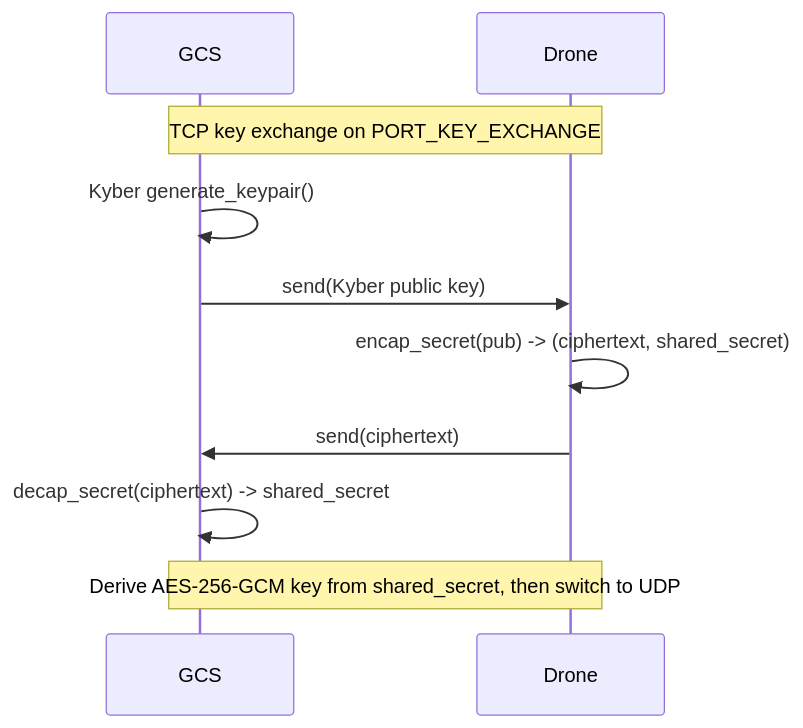
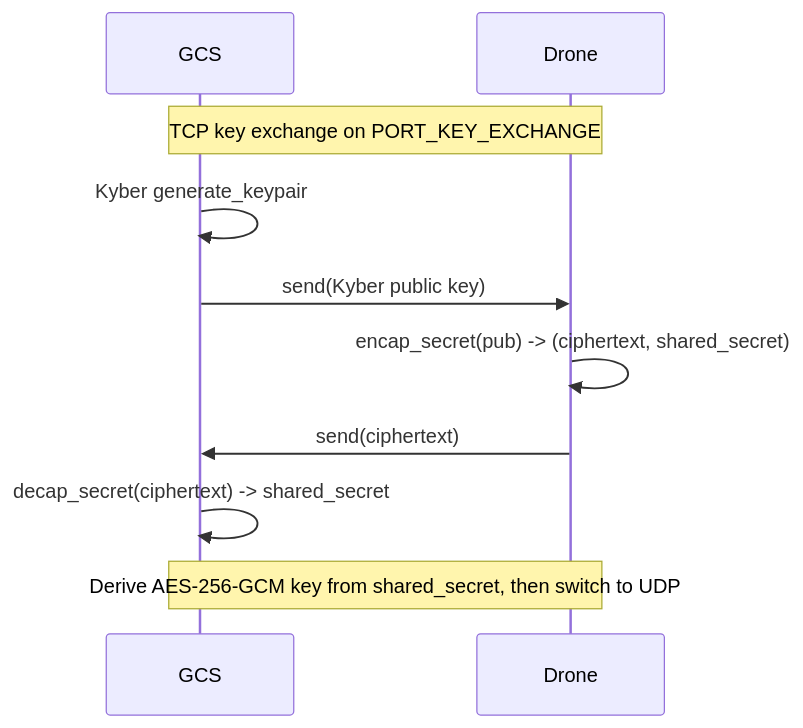
Before and after one commit to Kamalbura/gcs-tuned: the second of 3 diagrams in README.md, drawn with Mermaid. The commit also changed other lines of this file and 7 other files, not shown here.

````diff
--- a/README.md
+++ b/README.md
@@ -44,12 +44,12 @@
 ```mermaid
 sequenceDiagram
   participant GCS
   participant Drone
   Note over GCS,Drone: TCP key exchange on PORT_KEY_EXCHANGE
-  GCS->>GCS: Kyber generate_keypair()
+  GCS->>GCS: Kyber generate_keypair
   GCS->>Drone: send(Kyber public key)
   Drone->>Drone: encap_secret(pub) -> (ciphertext, shared_secret)
   Drone->>GCS: send(ciphertext)
   GCS->>GCS: decap_secret(ciphertext) -> shared_secret
   Note over GCS,Drone: Derive AES-256-GCM key from shared_secret, then switch to UDP
 ```
````
